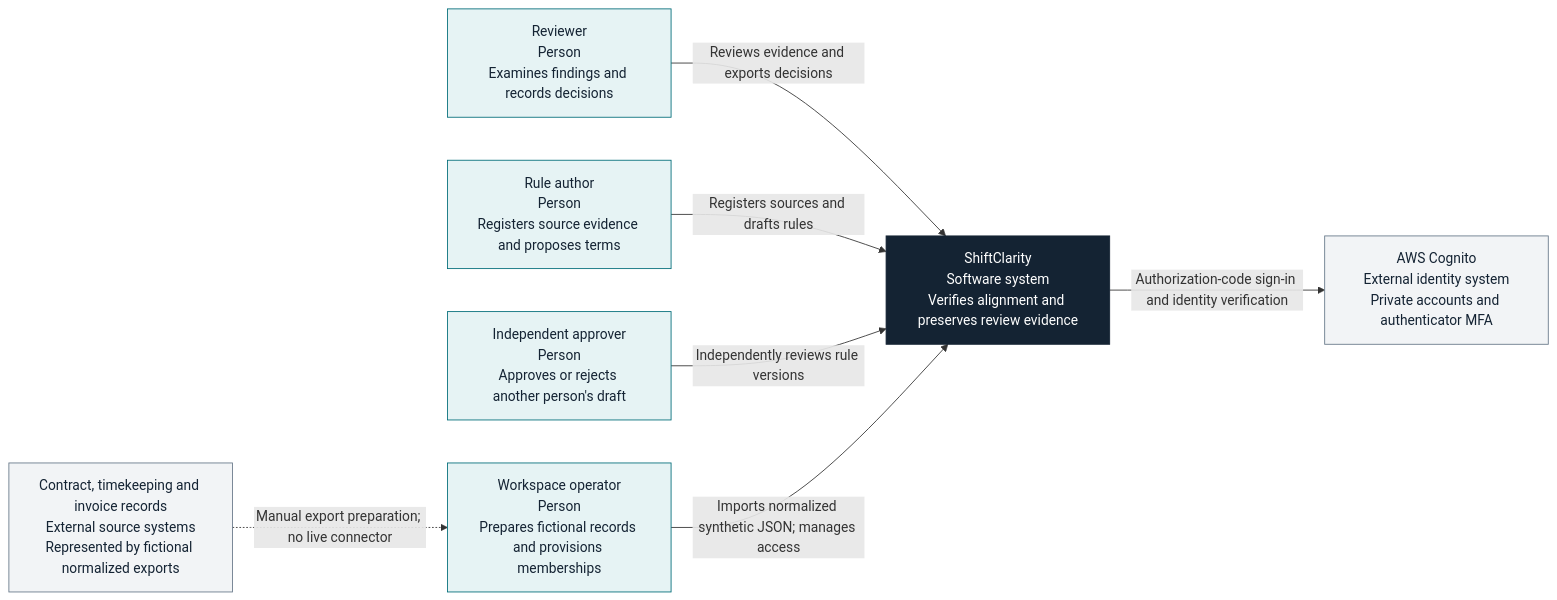
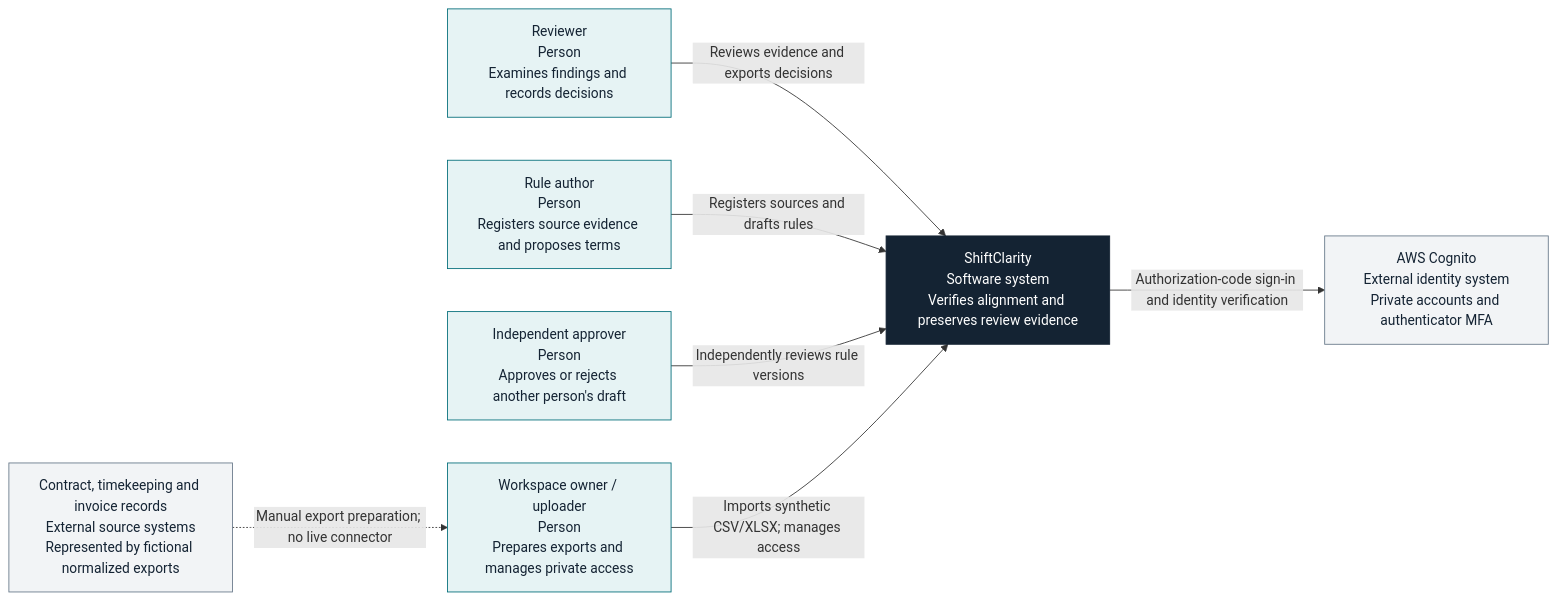
The first of 6 diagrams in docs/architecture/README.md (manynames3/ShiftClarity), drawn with Mermaid before and after one commit. The commit also changed other lines of this file and 85 other files, not shown here.

````diff
--- a/docs/architecture/README.md
+++ b/docs/architecture/README.md
@@ -13,24 +13,24 @@
 ```mermaid
 flowchart LR
     reviewer["Reviewer<br/>Person<br/>Examines findings and records decisions"]
     author["Rule author<br/>Person<br/>Registers source evidence and proposes terms"]
     approver["Independent approver<br/>Person<br/>Approves or rejects another person's draft"]
-    operator["Workspace operator<br/>Person<br/>Prepares fictional records and provisions memberships"]
+    operator["Workspace owner / uploader<br/>Person<br/>Prepares exports and manages private access"]
     sources["Contract, timekeeping and invoice records<br/>External source systems<br/>Represented by fictional normalized exports"]
     sc["ShiftClarity<br/>Software system<br/>Verifies alignment and preserves review evidence"]
     identity["AWS Cognito<br/>External identity system<br/>Private accounts and authenticator MFA"]
 
     reviewer -->|"Reviews evidence and exports decisions"| sc
     author -->|"Registers sources and drafts rules"| sc
     approver -->|"Independently reviews rule versions"| sc
     sources -.->|"Manual export preparation; no live connector"| operator
-    operator -->|"Imports normalized synthetic JSON; manages access"| sc
+    operator -->|"Imports synthetic CSV/XLSX; manages access"| sc
     sc -->|"Authorization-code sign-in and identity verification"| identity
 
     classDef person fill:#e6f3f4,stroke:#006C78,color:#142333;
     classDef system fill:#142333,stroke:#142333,color:#ffffff;
     classDef external fill:#f2f4f6,stroke:#667788,color:#142333;
     class reviewer,author,approver,operator person;
     class sc system;
     class sources,identity external;
 ```
````
